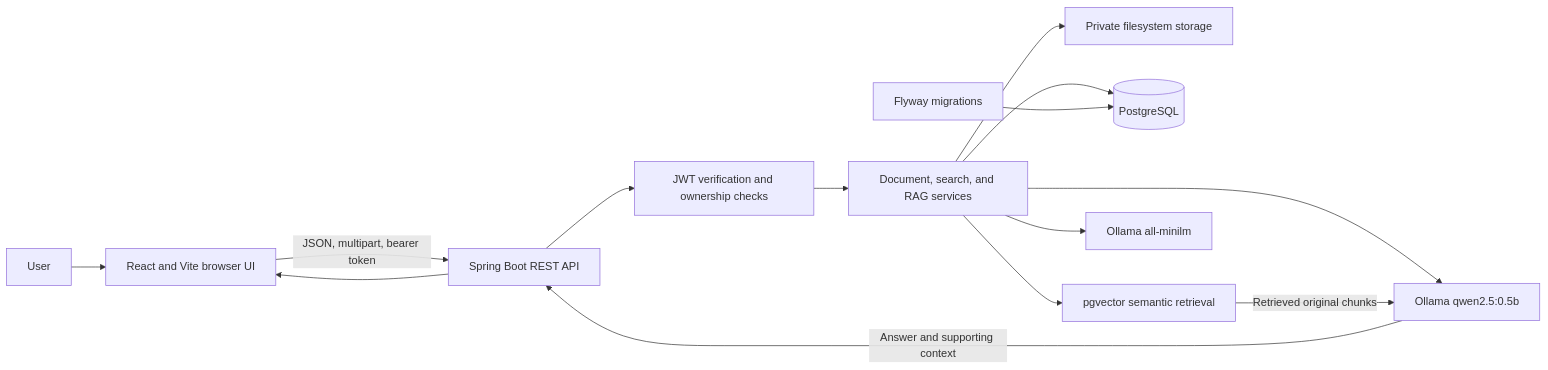
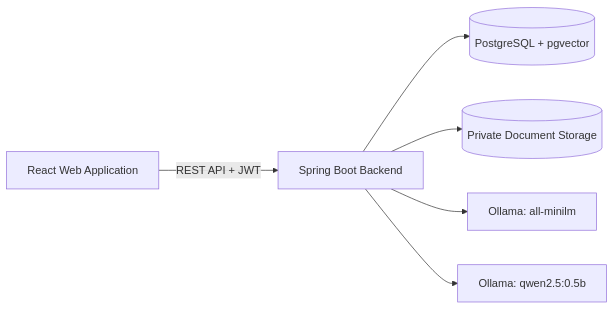
Before and after one commit to sameeramadhushan2003-del/Intelligent-Document-Analytics-Hub: the diagram in README.md, drawn with Mermaid. The commit also changed other lines of this file and 16 other files, not shown here.

````diff
--- a/README.md
+++ b/README.md
@@ -48,16 +33,8 @@
 ```mermaid
 flowchart LR
-    User[User] --> Browser[React and Vite browser UI]
-    Browser -->|JSON, multipart, bearer token| API[Spring Boot REST API]
-    API --> Security[JWT verification and ownership checks]
-    Security --> Services[Document, search, and RAG services]
-    Services --> Files[Private filesystem storage]
-    Services --> DB[(PostgreSQL)]
-    Flyway[Flyway migrations] --> DB
-    Services --> Vector[pgvector semantic retrieval]
-    Services --> Embed[Ollama all-minilm]
-    Services --> Chat[Ollama qwen2.5:0.5b]
-    Vector -->|Retrieved original chunks| Chat
-    Chat -->|Answer and supporting context| API
-    API --> Browser
+    UI[React Web Application] -->|REST API + JWT| API[Spring Boot Backend]
+    API --> DB[(PostgreSQL + pgvector)]
+    API --> FS[(Private Document Storage)]
+    API --> EMB[Ollama: all-minilm]
+    API --> LLM[Ollama: qwen2.5:0.5b]
 ```
````
